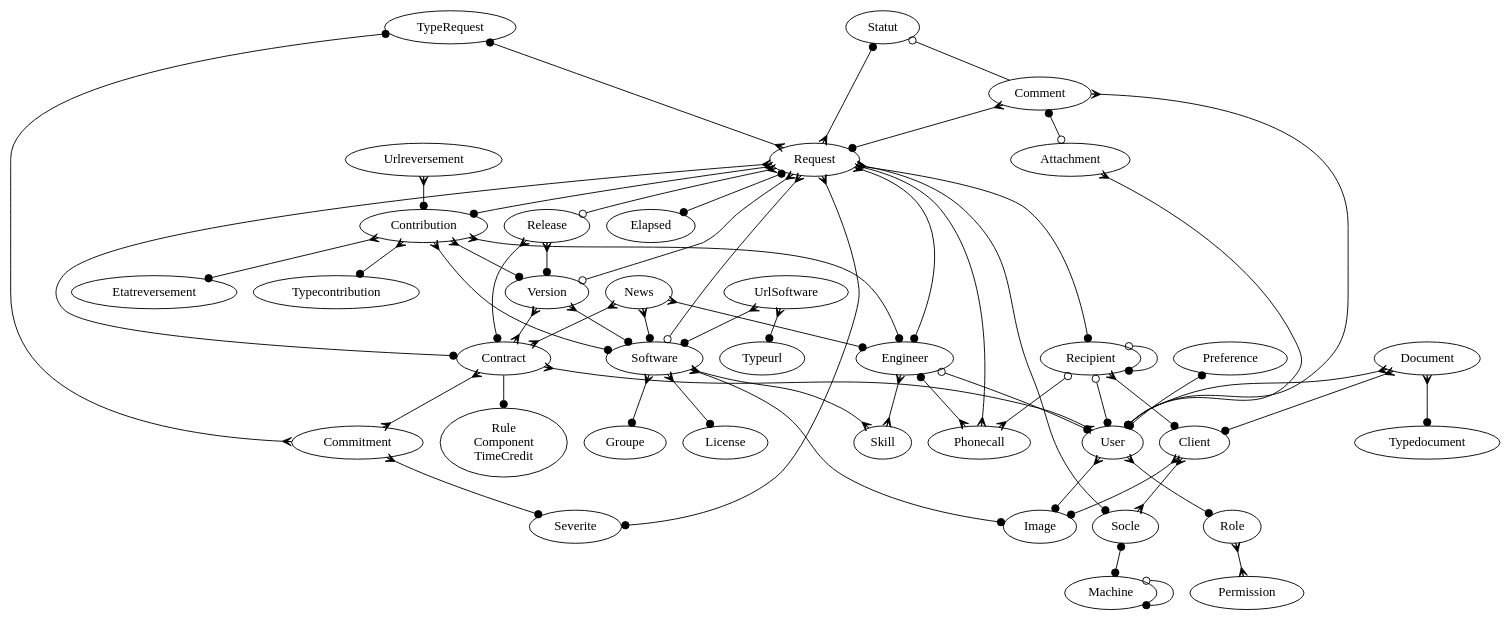
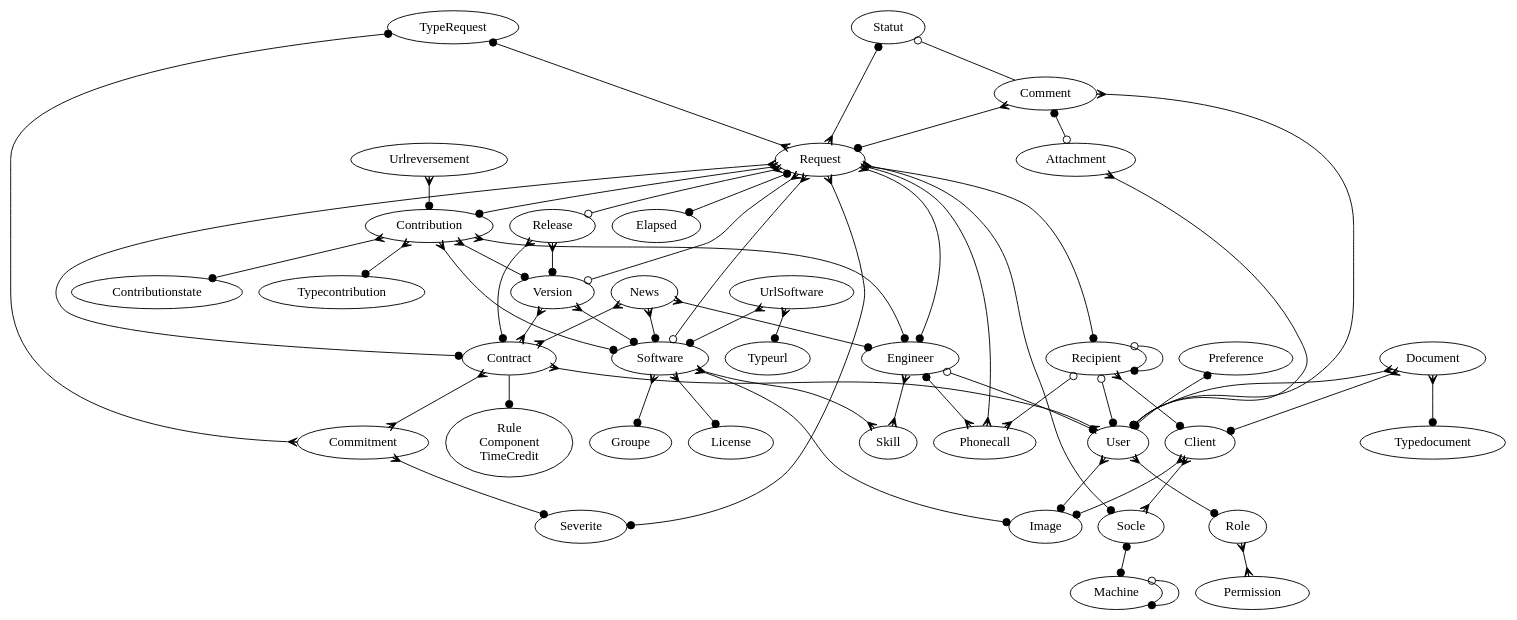
One commit to trivoallan/tosca changed the diagram in doc/data_model.dot. Above: the diagram before and after it, drawn with Graphviz. The commit also changed 32 other files, not shown here.

Commit message:
Rename etatreversement to contributionstate

```diff
--- a/doc/data_model.dot
+++ b/doc/data_model.dot
@@ -1,83 +1,83 @@
 digraph x {
 
 //rotate=90;
 {rank=min; Statut TypeRequest Statut }
 
 Rule [label="Rule\nComponent\nTimeCredit"]
 
 Recipient -> User [arrowhead=dot,arrowtail=odot,dir=both]
 Recipient -> Phonecall [arrowhead=crow,arrowtail=odot,dir=both]
 Recipient -> Client [arrowhead=dot,dir=both,arrowtail=crow]
 Recipient -> Recipient [arrowhead=dot,arrowtail=odot,dir=both]
 
 Client -> Image [arrowhead=dot,dir=both,arrowtail=crow]
 Client -> Socle [arrowhead=crow,dir=both,arrowtail=crow]
 
 Comment -> Request [arrowhead=dot,dir=both,arrowtail=crow]
 Comment -> User [arrowhead=dot,dir=both,arrowtail=crow]
 Comment -> Attachment [arrowhead=odot,dir=both,arrowtail=dot]
 Comment -> Statut [arrowhead=odot]
 
 Contract -> User [arrowhead=crow,dir=both,arrowtail=crow]
 Contract -> Commitment [arrowhead=crow,arrowtail=crow,dir=both]
 Contract -> Rule [arrowhead=dot,arrowtail=crow]
 
 User -> Image [arrowhead=dot,dir=both,arrowtail=crow]
 User -> Role [arrowhead=dot,arrowtail=crow,dir=both]
 Engineer -> Skill [arrowhead=crow,arrowtail=crow,dir=both]
 Engineer -> User [arrowhead=dot,arrowtail=odot,dir=both]
 Engineer -> Phonecall [arrowhead=crow,dir=both,arrowtail=dot]
 
 News -> Engineer [arrowhead=dot,dir=both,arrowtail=crow]
 News -> Contract [arrowhead=crow,dir=both,arrowtail=crow]
 News -> Software [arrowhead=dot,dir=both,arrowtail=crow]
 
 Request -> TypeRequest [arrowhead=dot,dir=both,arrowtail=crow]
 Request -> Elapsed [arrowhead=dot,dir=both,arrowtail=dot]
 Request -> Severite [arrowhead=dot,dir=both,arrowtail=crow]
 Request -> Recipient [arrowhead=dot,dir=both,arrowtail=crow]
 Request -> Socle [arrowhead=dot,dir=both,arrowtail=crow]
 Request -> Contribution [arrowhead=dot,dir=both,arrowtail=crow]
 Request -> Contract [arrowhead=dot,dir=both,arrowtail=crow]
 Request -> Statut [arrowhead=dot,dir=both,arrowtail=crow]
 Request -> Engineer [arrowhead=dot,dir=both,arrowtail=crow]
 Request -> Phonecall [arrowhead=crow,arrowtail=odot,dir=both]
 Request -> Software [arrowhead=odot,dir=both,arrowtail=crow]
 Request -> Release [arrowhead=odot,dir=both,arrowtail=crow]
 Request -> Version [arrowhead=odot,dir=both,arrowtail=crow]
 
 Software -> Skill [arrowhead=crow,arrowtail=crow,dir=both]
 Software -> License [arrowhead=dot,dir=both,arrowtail=crow]
 Software -> Groupe [arrowhead=dot,dir=both,arrowtail=crow]
 Software -> Image [arrowhead=dot,dir=both,arrowtail=crow]
 
 
 Version -> Software [arrowhead=dot,dir=both,arrowtail=crow]
 Version -> Contract [arrowhead=crow,dir=both,arrowtail=crow]
 
 Release -> Contract [arrowhead=dot,dir=both,arrowtail=crow]
 Release -> Version [arrowhead=dot,dir=both,arrowtail=crow]
 
 
 Preference -> User [arrowhead=dot,arrowtail=dot,dir=both]
 Socle -> Machine [arrowhead=dot,dir=both,arrowtail=dot]
 Machine -> Machine [arrowhead=dot,dir=both,arrowtail=odot]
 UrlSoftware -> Software [arrowhead=dot,dir=both,arrowtail=crow]
 UrlSoftware -> Typeurl [arrowhead=dot,dir=both,arrowtail=crow]
 Commitment -> Severite [arrowhead=dot,dir=both,arrowtail=crow]
 Commitment -> TypeRequest [arrowhead=dot,dir=both,arrowtail=crow]
 Role -> Permission [arrowhead=crow,arrowtail=crow,dir=both]
 Urlreversement -> Contribution [arrowhead=dot,dir=both,arrowtail=crow]
 
-Contribution -> Etatreversement [arrowhead=dot,dir=both,arrowtail=crow]
+Contribution -> Contributionstate [arrowhead=dot,dir=both,arrowtail=crow]
 Contribution -> Typecontribution [arrowhead=dot,dir=both,arrowtail=crow]
 Contribution -> Software [arrowhead=dot,dir=both,arrowtail=crow]
 Contribution -> Version [arrowhead=dot,arrowtail=crow,dir=both]
 Contribution -> Engineer [arrowhead=dot,dir=both,arrowtail=crow]
 Attachment -> User [arrowtail=crow,dir=both,arrowhead=dot]
 Document -> Client [arrowhead=dot,dir=both,arrowtail=crow]
 Document -> Typedocument [arrowhead=dot,dir=both,arrowtail=crow]
 Document -> User [arrowhead=dot,dir=both,arrowtail=crow]
 
 
 }
```
